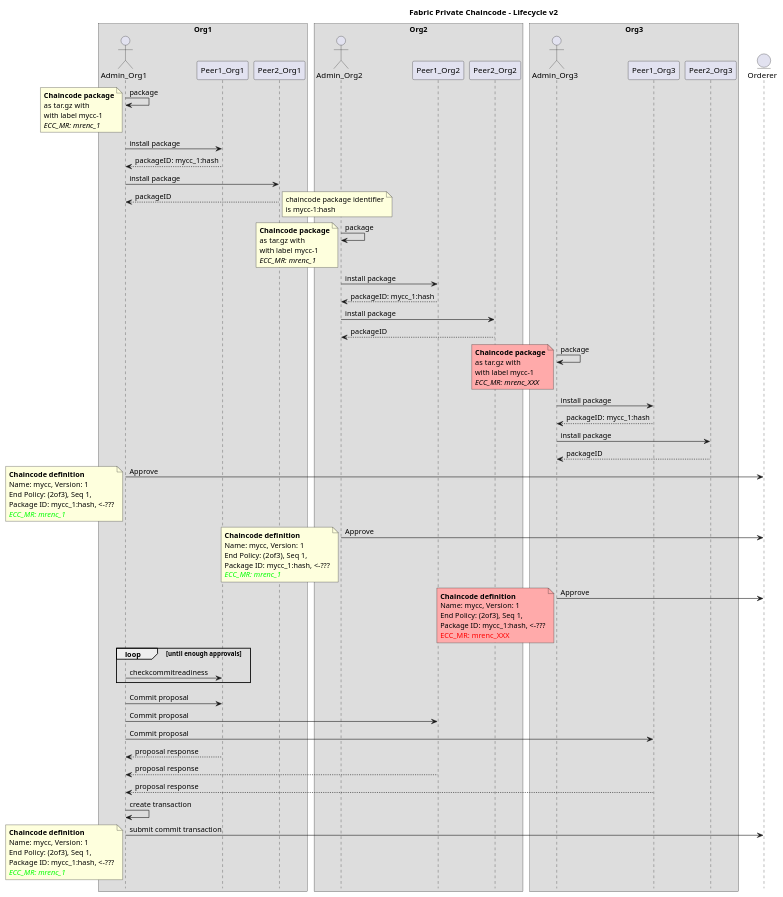
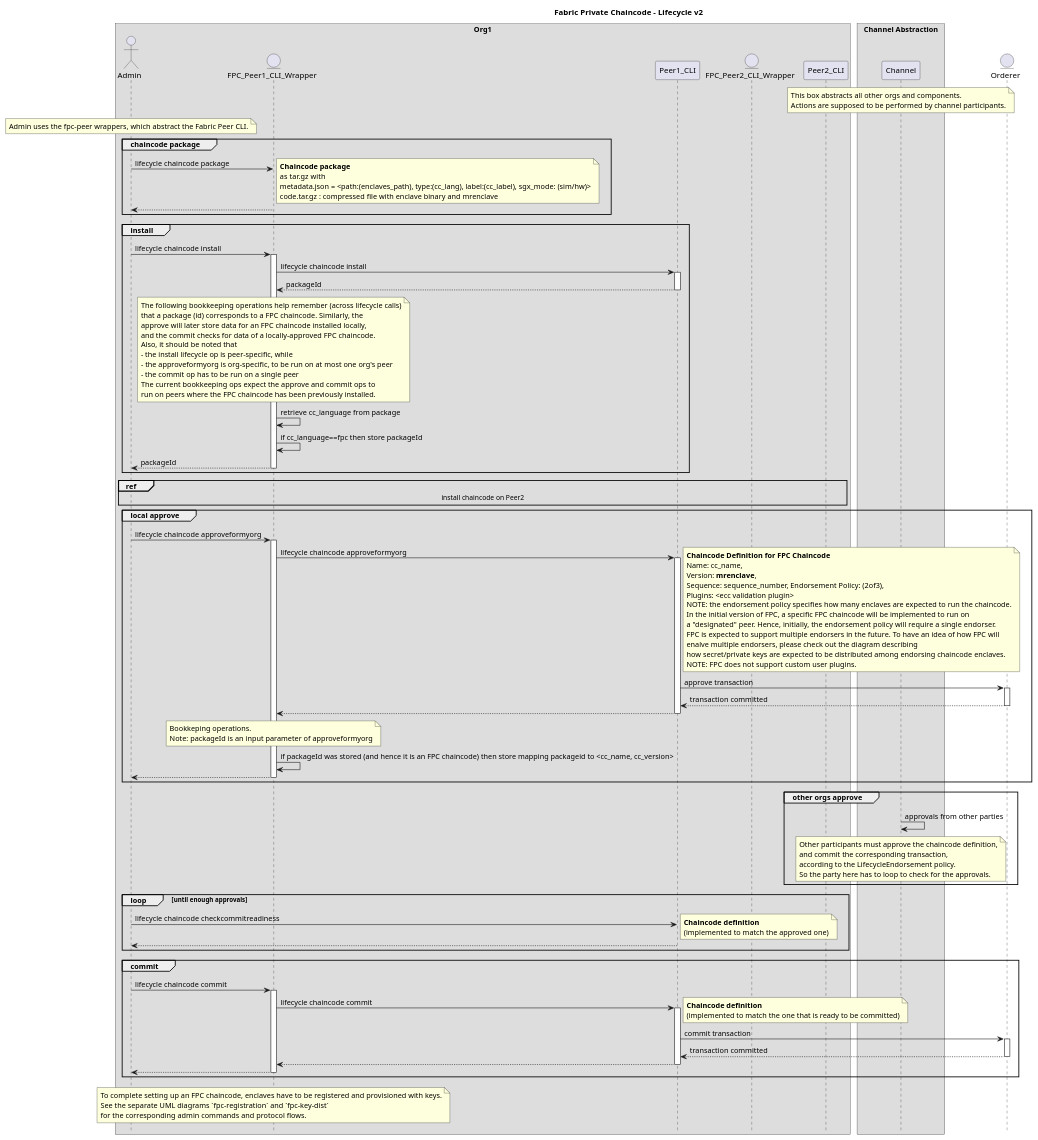
One commit to hyperledger/fabric-private-chaincode changed the diagram in docs/design/fabric-v2+/fpc-lifecycle-v2.puml. Above: the diagram before and after it, drawn with PlantUML. The commit also changed 1 other file, not shown here.

Commit message:
Update FPC lifecycle diagram (#353)
* revised fpc lifecycle on fabric v2
* group lifecycle operations into blocks
* re-add chaincode package and definition boxes
* add second peer to emphasize multiple chaincode installations
* no new file; modify original one
* remove redundant query installed
* rephrase bookkeeping rationale
* fix group not shown
* separate other orgs approve
* rename peer to peer_cli
* fix typos
* clarify endorsement policy for single peer
* note on custom plugins
* remove invocations at commit
* clarify chaincode def

* Update docs/design/fabric-v2+/fpc-lifecycle-v2.puml

```diff
--- a/docs/design/fabric-v2+/fpc-lifecycle-v2.puml
+++ b/docs/design/fabric-v2+/fpc-lifecycle-v2.puml
@@ -8,129 +8,133 @@
 @startuml
-
-'- force wrapping of longer text
-'skinparam wrapWidth 400
 
 !pragma teoz true
 
 hide footbox
 title Foot Box removed
 
 title Fabric Private Chaincode - Lifecycle v2
 
 box "Org1"
-actor	Admin_Org1
-participant Peer1_Org1
-participant Peer2_Org1
+actor	Admin order 10
+entity "FPC_Peer1_CLI_Wrapper" as FPC_Peer1_CLI_Wrapper order 15
+participant Peer1_CLI order 20
+entity "FPC_Peer2_CLI_Wrapper" as FPC_Peer2_CLI_Wrapper order 30
+participant Peer2_CLI order 40
 end box
 
-box "Org2"
-actor	Admin_Org2
-participant Peer1_Org2
-participant Peer2_Org2
+box "Channel Abstraction"
+participant Channel order 70
+note over Channel
+    This box abstracts all other orgs and components.
+    Actions are supposed to be performed by channel participants.
+end note
 end box
 
-box "Org3"
-actor	Admin_Org3
-participant Peer1_Org3
-participant Peer2_Org3
-end box
+entity Orderer order 80
 
-entity Orderer
+note over Admin
+    Admin uses the fpc-peer wrappers, which abstract the Fabric Peer CLI.
+end note
+
+group chaincode package
+Admin -> FPC_Peer1_CLI_Wrapper : lifecycle chaincode package
+note right
+    **Chaincode package**
+    as tar.gz with
+    metadata.json = <path:(enclaves_path), type:(cc_lang), label:(cc_label), sgx_mode: (sim/hw)>
+    code.tar.gz : compressed file with enclave binary and mrenclave
+end note
+return
+end /' group chaincode package '/
+
+group install
+Admin -> FPC_Peer1_CLI_Wrapper ++: lifecycle chaincode install
+FPC_Peer1_CLI_Wrapper -> Peer1_CLI ++: lifecycle chaincode install
+return packageId
+note over FPC_Peer1_CLI_Wrapper
+    The following bookkeeping operations help remember (across lifecycle calls)
+    that a package (id) corresponds to a FPC chaincode. Similarly, the
+    approve will later store data for an FPC chaincode installed locally,
+    and the commit checks for data of a locally-approved FPC chaincode.
+    Also, it should be noted that
+    - the install lifecycle op is peer-specific, while
+    - the approveformyorg is org-specific, to be run on at most one org's peer
+    - the commit op has to be run on a single peer
+    The current bookkeeping ops expect the approve and commit ops to
+    run on peers where the FPC chaincode has been previously installed.
+end note
+FPC_Peer1_CLI_Wrapper -> FPC_Peer1_CLI_Wrapper : retrieve cc_language from package
+FPC_Peer1_CLI_Wrapper -> FPC_Peer1_CLI_Wrapper : if cc_language==fpc then store packageId
+return packageId /' Admin -> FPC_Peer1_CLI_Wrapper '/
+end /' group install '/
+
+ref over Admin, FPC_Peer2_CLI_Wrapper, Peer2_CLI
+    install chaincode on Peer2
+end /' ref '/
+
+group local approve
+Admin -> FPC_Peer1_CLI_Wrapper ++: lifecycle chaincode approveformyorg
+FPC_Peer1_CLI_Wrapper -> Peer1_CLI ++: lifecycle chaincode approveformyorg
+note right
+    **Chaincode Definition for FPC Chaincode**
+    Name: cc_name,
+    Version: **mrenclave**,
+    Sequence: sequence_number, Endorsement Policy: (2of3),
+    Plugins: <ecc validation plugin>
+    NOTE: the endorsement policy specifies how many enclaves are expected to run the chaincode.
+    In the initial version of FPC, a specific FPC chaincode will be implemented to run on
+    a "designated" peer. Hence, initially, the endorsement policy will require a single endorser.
+    FPC is expected to support multiple endorsers in the future. To have an idea of how FPC will
+    enalve multiple endorsers, please check out the diagram describing
+    how secret/private keys are expected to be distributed among endorsing chaincode enclaves.
+    NOTE: FPC does not support custom user plugins.
+end note
+Peer1_CLI -> Orderer ++: approve transaction
+return transaction committed /' Peer1_CLI -> Orderer '/
+return /' FPC_Peer1_CLI_Wrapper -> Peer1_CLI '/
+note over FPC_Peer1_CLI_Wrapper
+    Bookkeping operations.
+    Note: packageId is an input parameter of approveformyorg
+end note
+FPC_Peer1_CLI_Wrapper -> FPC_Peer1_CLI_Wrapper : if packageId was stored (and hence it is an FPC chaincode) then store mapping packageid to <cc_name, cc_version>
+return /' Admin -> FPC_Peer1_CLI_Wrapper '/
+end /' group approve '/
+
+group other orgs approve
+Channel -> Channel : approvals from other parties
+note over Channel
+    Other participants must approve the chaincode definition,
+    and commit the corresponding transaction,
+    according to the LifecycleEndorsement policy.
+    So the party here has to loop to check for the approvals.
+end note
+end group 'other orgs approve'
 
 
-Admin_Org1 -> Admin_Org1 : package
-note left
-	**Chaincode package**
-	as tar.gz with
-	with label mycc-1
-	//ECC_MR: mrenc_1//
+loop until enough approvals
+	Admin -> Peer1_CLI : lifecycle chaincode checkcommitreadiness
+note right
+    **Chaincode definition**
+    (implemented to match the approved one)
 end note
-
-Admin_Org1 -> Peer1_Org1 : install package
-return packageID: mycc_1:hash
-Admin_Org1 -> Peer2_Org1 : install package
-return packageID
-note right
-	chaincode package identifier
-	is mycc-1:hash
-end note
-
-Admin_Org2 -> Admin_Org2 : package
-note left
-	**Chaincode package**
-	as tar.gz with
-	with label mycc-1
-	//ECC_MR: mrenc_1//
-end note
-
-Admin_Org2 -> Peer1_Org2 : install package
-return packageID: mycc_1:hash
-Admin_Org2 -> Peer2_Org2 : install package
-return packageID
-
-Admin_Org3 -> Admin_Org3 : package
-note left #FFAAAA
-	**Chaincode package**
-	as tar.gz with
-	with label mycc-1
-	//ECC_MR: mrenc_XXX//
-end note
-
-Admin_Org3 -> Peer1_Org3 : install package
-return packageID: mycc_1:hash
-Admin_Org3 -> Peer2_Org3 : install package
-return packageID
-
-
-Admin_Org1 -> Orderer : Approve
-note left
-	**Chaincode definition**
-	Name: mycc, Version: 1
-	End Policy: (2of3), Seq 1,
-	Package ID: mycc_1:hash, <-???
-	//<color #00FF00>ECC_MR: mrenc_1</color>//
-end note
-
-Admin_Org2 -> Orderer : Approve
-note left
-	**Chaincode definition**
-	Name: mycc, Version: 1
-	End Policy: (2of3), Seq 1,
-	Package ID: mycc_1:hash, <-???
-	//<color #00FF00>ECC_MR: mrenc_1</color>//
-end note
-
-Admin_Org3 -> Orderer : Approve
-note left #FFAAAA
-	**Chaincode definition**
-	Name: mycc, Version: 1
-	End Policy: (2of3), Seq 1,
-	Package ID: mycc_1:hash, <-???
-	<color #FF0000>ECC_MR: mrenc_XXX</color>
-end note
-
-loop until enough approvals
-	Admin_Org1 -> Peer1_Org1 : checkcommitreadiness
+    return
 end
 
-
-Admin_Org1 -> Peer1_Org1 : Commit proposal
-Admin_Org1 -> Peer1_Org2 : Commit proposal
-Admin_Org1 -> Peer1_Org3 : Commit proposal
-
-Peer1_Org1 --> Admin_Org1: proposal response
-Peer1_Org2 --> Admin_Org1: proposal response
-Peer1_Org3 --> Admin_Org1: proposal response
-
-Admin_Org1 -> Admin_Org1 : create transaction
-Admin_Org1 -> Orderer : submit commit transaction
-note left
-	**Chaincode definition**
-	Name: mycc, Version: 1
-	End Policy: (2of3), Seq 1,
-	Package ID: mycc_1:hash, <-???
-	//<color #00FF00>ECC_MR: mrenc_1</color>//
+group commit
+Admin -> FPC_Peer1_CLI_Wrapper ++:lifecycle chaincode commit
+FPC_Peer1_CLI_Wrapper -> Peer1_CLI ++: lifecycle chaincode commit
+note right
+    **Chaincode definition**
+    (implemented to match the one that is ready to be committed)
 end note
-
-
+Peer1_CLI -> Orderer ++: commit transaction
+return transaction committed /' Peer1_CLI -> Orderer '/
+return /' FPC_Peer1_CLI_Wrapper -> Peer1_CLI '/
+return /' Admin -> FPC_Peer1_CLI_Wrapper '/
+end /' group commit '/
+note over FPC_Peer1_CLI_Wrapper
+    To complete setting up an FPC chaincode, enclaves have to be registered and provisioned with keys.
+    See the separate UML diagrams `fpc-registration` and `fpc-key-dist`
+    for the corresponding admin commands and protocol flows.
+end note
 @enduml
```
